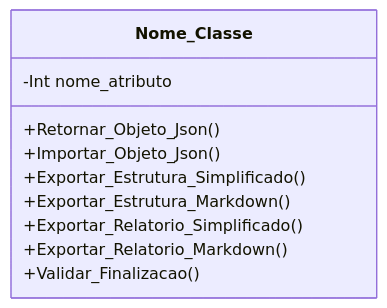
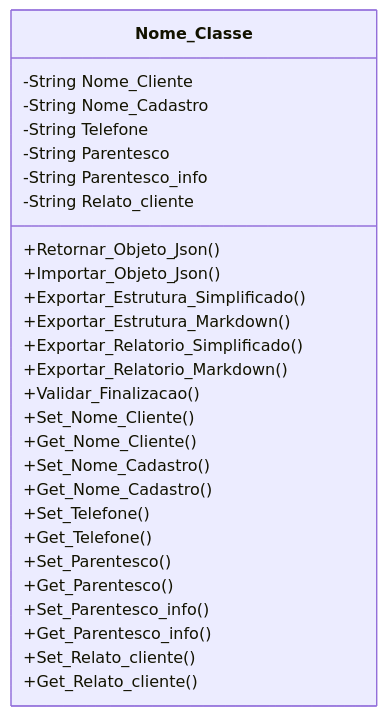
Before and after one commit to ETECC-Telecom/ValtObsidian-Script-Moto: the diagram in DOCUMENTOS/Classe - Cliente.md, drawn with Mermaid. The commit also changed other lines of this file and 5 other files, not shown here.

````diff
--- a/DOCUMENTOS/Classe - Cliente.md
+++ b/DOCUMENTOS/Classe - Cliente.md
@@ -41,16 +43,33 @@
 ```mermaid
 classDiagram
     class Nome_Classe{
-		-Int nome_atributo
+		-String Nome_Cliente
+		-String Nome_Cadastro
+		-String Telefone
+		-String Parentesco
+		-String Parentesco_info
+		-String Relato_cliente
       
 		+Retornar_Objeto_Json()
 		+Importar_Objeto_Json()
 		+Exportar_Estrutura_Simplificado()
 		+Exportar_Estrutura_Markdown()
 		+Exportar_Relatorio_Simplificado()
 		+Exportar_Relatorio_Markdown()
 		+Validar_Finalizacao()
 		
+		+Set_Nome_Cliente()
+		+Get_Nome_Cliente()
+		+Set_Nome_Cadastro()
+		+Get_Nome_Cadastro()
+		+Set_Telefone()
+		+Get_Telefone()
+		+Set_Parentesco()
+		+Get_Parentesco()
+		+Set_Parentesco_info()
+		+Get_Parentesco_info()
+		+Set_Relato_cliente()
+		+Get_Relato_cliente()
 		
     }
 ```
````
